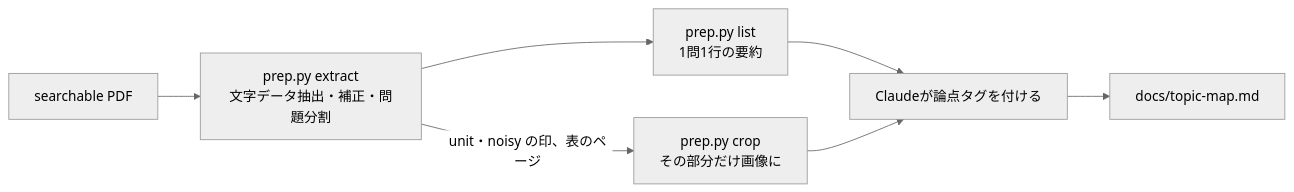
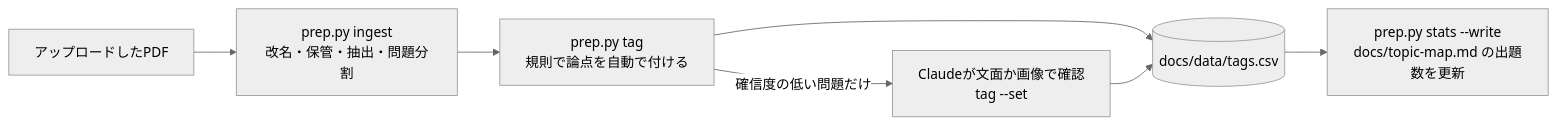
Before and after one commit to u10g/bokilingo: the diagram in docs/reference-workflow.md, drawn with Mermaid (neutral theme). The commit also changed other lines of this file and 7 other files, not shown here.

````diff
--- a/docs/reference-workflow.md
+++ b/docs/reference-workflow.md
@@ -19,9 +21,9 @@
 ```mermaid
 flowchart LR
-  A[searchable PDF] --> B[prep.py extract<br/>文字データ抽出・補正・問題分割]
-  B --> C[prep.py list<br/>1問1行の要約]
-  C --> D[Claudeが論点タグを付ける]
-  B -->|unit・noisy の印、表のページ| E[prep.py crop<br/>その部分だけ画像に]
-  E --> D
-  D --> F[docs/topic-map.md]
+  A[アップロードしたPDF] --> B[prep.py ingest<br/>改名・保管・抽出・問題分割]
+  B --> C[prep.py tag<br/>規則で論点を自動で付ける]
+  C -->|確信度の低い問題だけ| D[Claudeが文面か画像で確認<br/>tag --set]
+  C --> E[(docs/data/tags.csv)]
+  D --> E
+  E --> F[prep.py stats --write<br/>docs/topic-map.md の出題数を更新]
 ```
````
